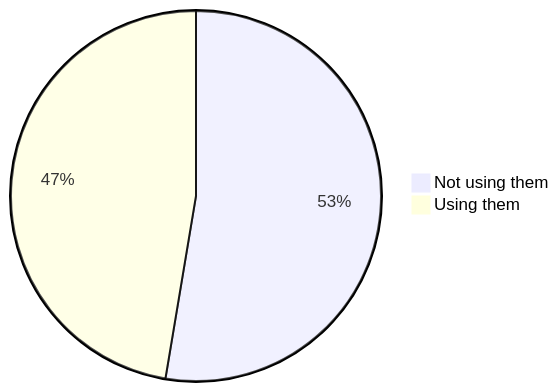
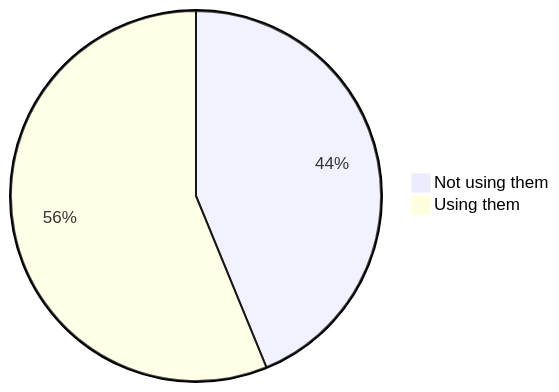
One commit to oshp/oshp-stats changed the first of 22 diagrams in stats.md. Above: the diagram before and after it, drawn with Mermaid. The commit also changed other lines of this file, not shown here.

````diff
--- a/stats.md
+++ b/stats.md
@@ -10,6 +10,6 @@
 ```mermaid
 pie
-	"Not using them" : 52.64
-	"Using them" : 47.36
+	"Not using them" : 43.79
+	"Using them" : 56.21
 
 ```
````
